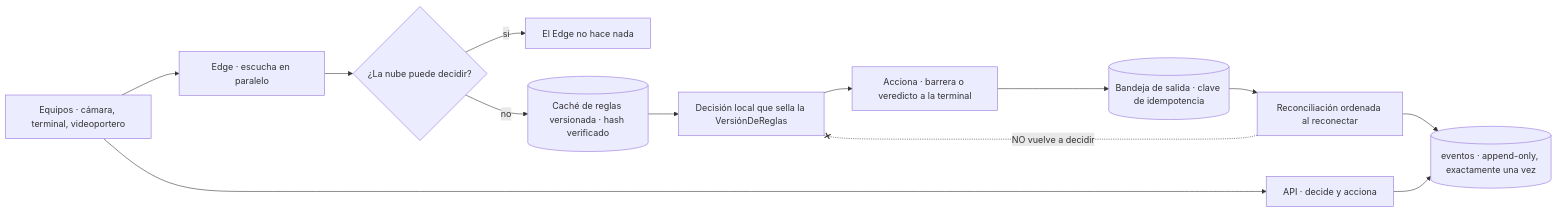
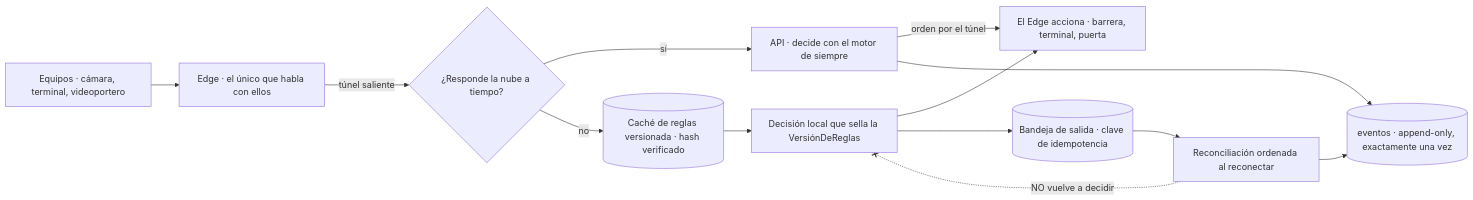
Before and after one commit to 4rg3n15/NextResidential: the fourth of 4 diagrams in README.md, drawn with Mermaid. The commit also changed other lines of this file and 17 other files, not shown here.

````diff
--- a/README.md
+++ b/README.md
@@ -231,15 +240,15 @@
 ```mermaid
 flowchart LR
-  EQ["Equipos · cámara, terminal, videoportero"] --> NUBE["API · decide y acciona"]
-  EQ --> EDGE["Edge · escucha en paralelo"]
-  EDGE --> P{"¿La nube puede decidir?"}
-  P -- "sí" --> NADA["El Edge no hace nada"]
+  EQ["Equipos · cámara, terminal, videoportero"] --> EDGE["Edge · el único que habla con ellos"]
+  EDGE -- "túnel saliente" --> P{"¿Responde la nube a tiempo?"}
+  P -- "sí" --> NUBE["API · decide con el motor de siempre"]
+  NUBE -- "orden por el túnel" --> ACC["El Edge acciona · barrera, terminal, puerta"]
   P -- "no" --> CACHE[("Caché de reglas versionada · hash verificado")]
   CACHE --> LOCAL["Decisión local que sella la VersiónDeReglas"]
-  LOCAL --> ACC["Acciona · barrera o veredicto a la terminal"]
-  ACC --> BAND[("Bandeja de salida · clave de idempotencia")]
+  LOCAL --> ACC
+  LOCAL --> BAND[("Bandeja de salida · clave de idempotencia")]
   BAND --> REC["Reconciliación ordenada al reconectar"]
   REC --> EVT[("eventos · append-only, exactamente una vez")]
   NUBE --> EVT
   REC -. "NO vuelve a decidir" .-x LOCAL
 ```
````
